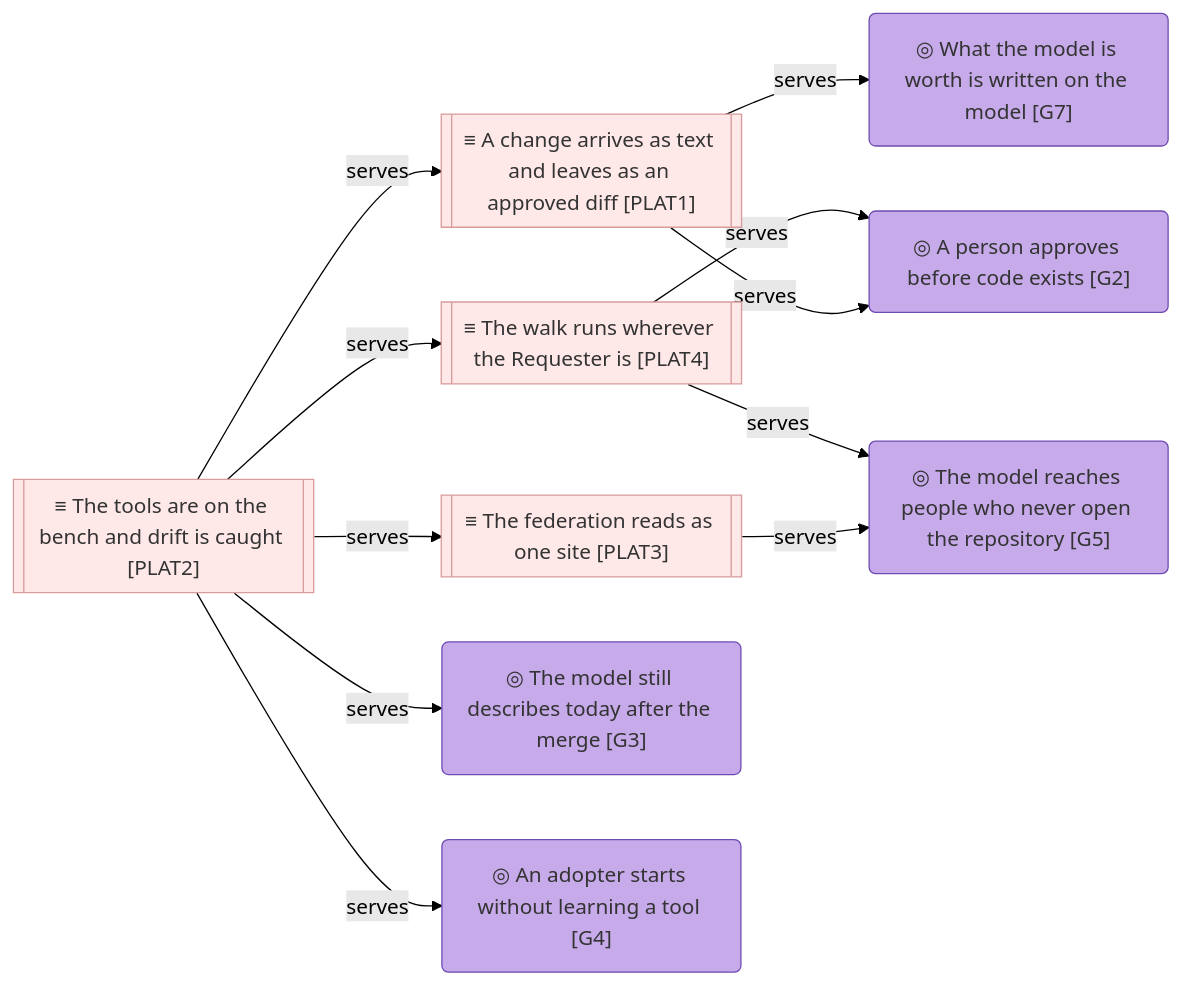
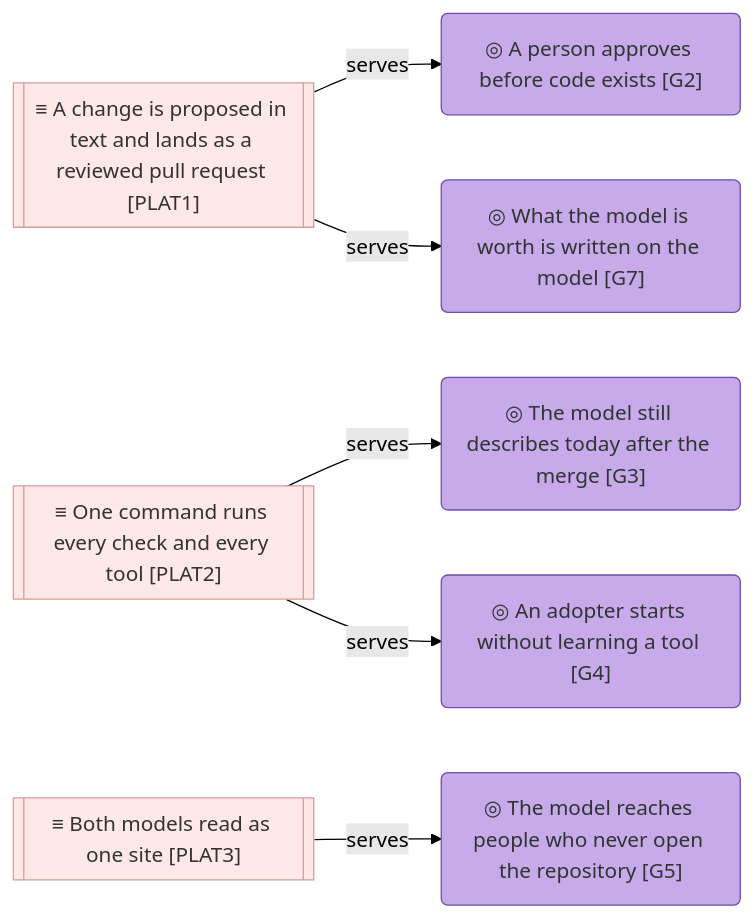
The second of 2 diagrams in product-archreator/architecture/6_transition/1_target-state.md (roanboc/architecture-archreator), drawn with Mermaid (forest theme) before and after one commit. The commit also changed other lines of this file and 12 other files, not shown here.

First line of the commit message:
docs: the owner's merge is the approval, and the roadmap speaks plainly

````diff
--- a/product-archreator/architecture/6_transition/1_target-state.md
+++ b/product-archreator/architecture/6_transition/1_target-state.md
@@ -38,27 +29,21 @@
 ```mermaid
 flowchart LR
-  p2[["≡ The tools are on the bench and drift is caught [PLAT2]"]]:::plateau
-  p1[["≡ A change arrives as text and leaves as an approved diff [PLAT1]"]]:::plateau
-  p3[["≡ The federation reads as one site [PLAT3]"]]:::plateau
-  p4[["≡ The walk runs wherever the Requester is [PLAT4]"]]:::plateau
+  p1[["≡ A change is proposed in text and lands as a reviewed pull request [PLAT1]"]]:::feature
+  p2[["≡ One command runs every check and every tool [PLAT2]"]]:::feature
+  p3[["≡ Both models read as one site [PLAT3]"]]:::feature
 
   g2("◎ A person approves before code exists [G2]"):::goal
   g3("◎ The model still describes today after the merge [G3]"):::goal
   g4("◎ An adopter starts without learning a tool [G4]"):::goal
   g5("◎ The model reaches people who never open the repository [G5]"):::goal
   g7("◎ What the model is worth is written on the model [G7]"):::goal
 
-  p2 -->|serves| p1
-  p2 -->|serves| p3
-  p2 -->|serves| p4
   p1 -->|serves| g2
   p1 -->|serves| g7
   p2 -->|serves| g3
   p2 -->|serves| g4
   p3 -->|serves| g5
-  p4 -->|serves| g5
-  p4 -->|serves| g2
 
-  classDef plateau fill:#ffe8e8,stroke:#d99b9b,color:#333
+  classDef feature fill:#ffe8e8,stroke:#d99b9b,color:#333
   classDef goal fill:#c6aae9,stroke:#6f4bb2,color:#333
 ```
````
